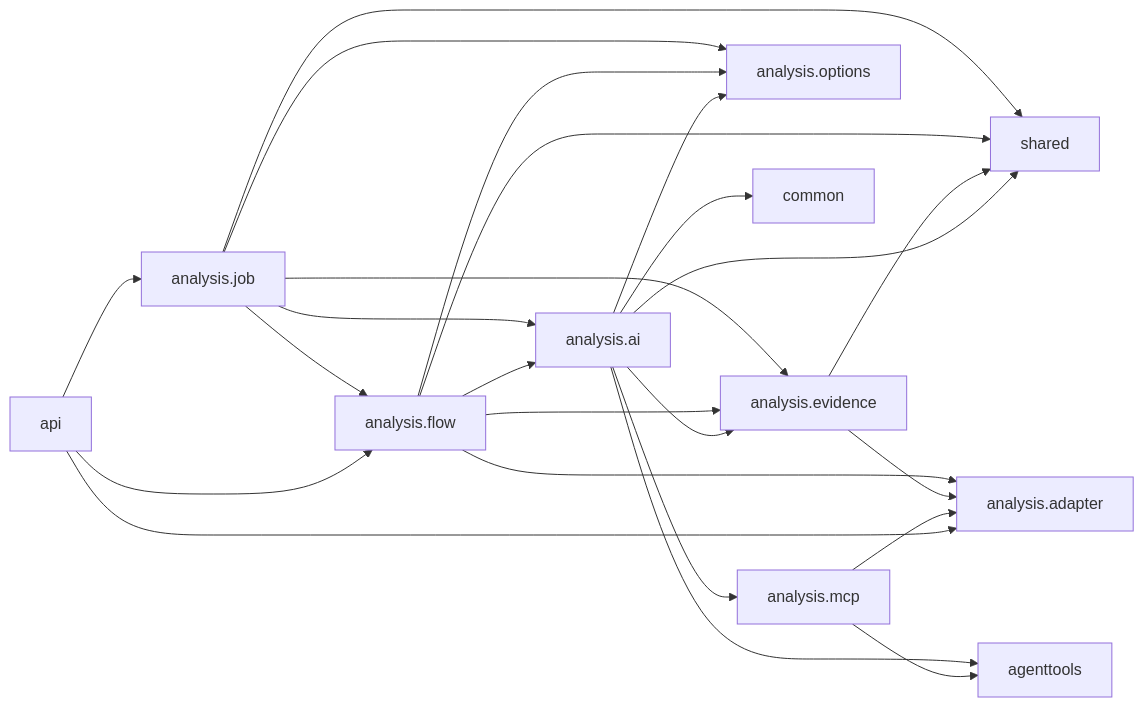
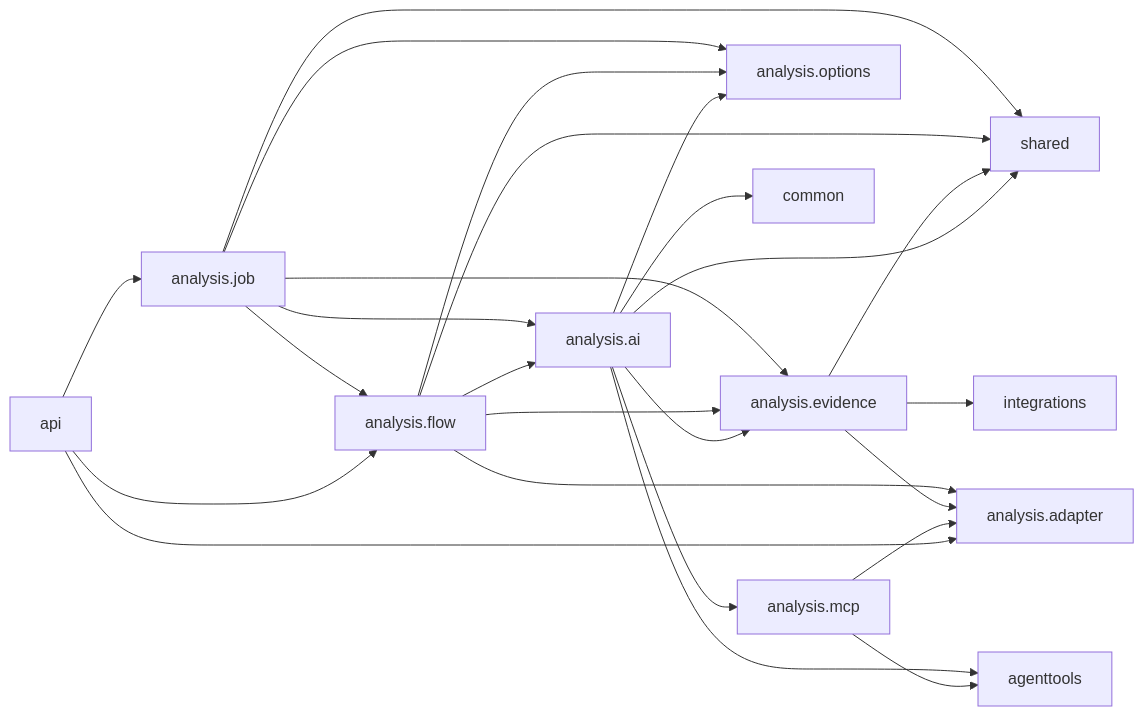
Before and after one commit to herald-assistant/incident-tracker: the second of 2 diagrams in docs/architecture/05-package-dependencies.md, drawn with Mermaid. The commit also changed other lines of this file and 25 other files, not shown here.

````diff
--- a/docs/architecture/05-package-dependencies.md
+++ b/docs/architecture/05-package-dependencies.md
@@ -133,31 +139,32 @@
 ```mermaid
 flowchart LR
     JOB["analysis.job"] --> FLOW["analysis.flow"]
     JOB --> AI["analysis.ai"]
     JOB --> EVIDENCE["analysis.evidence"]
     JOB --> OPTIONS["analysis.options"]
     JOB --> SHARED["shared"]
 
     FLOW --> EVIDENCE
     FLOW --> AI
     FLOW --> OPTIONS
     FLOW --> ADAPTER["analysis.adapter"]
     FLOW --> SHARED
 
     EVIDENCE --> ADAPTER
+    EVIDENCE --> INTEGRATIONS["integrations"]
     EVIDENCE --> SHARED
 
     AI --> MCP["analysis.mcp"]
     AI --> AGENTTOOLS["agenttools"]
     AI --> EVIDENCE
     AI --> OPTIONS
     AI --> COMMON["common"]
     AI --> SHARED
 
     MCP --> ADAPTER
     MCP --> AGENTTOOLS
 
     API["api"] --> ADAPTER
     API --> FLOW
     API --> JOB
 ```
````
